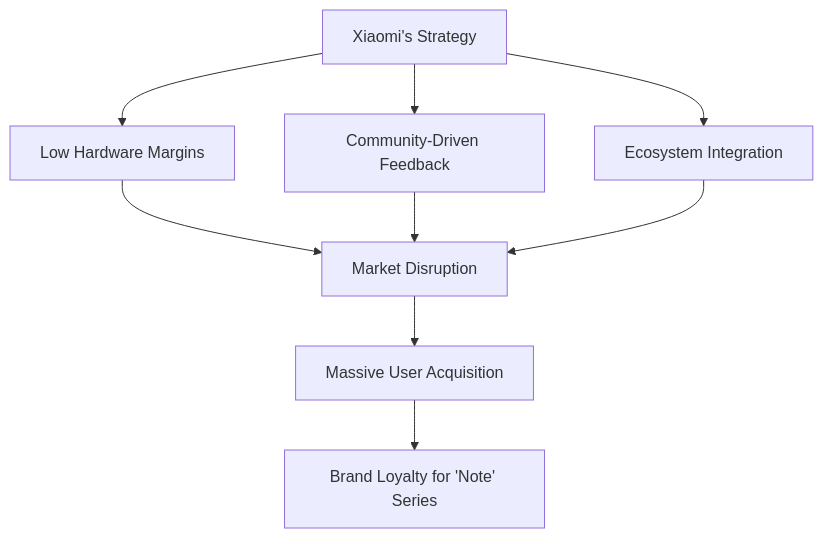
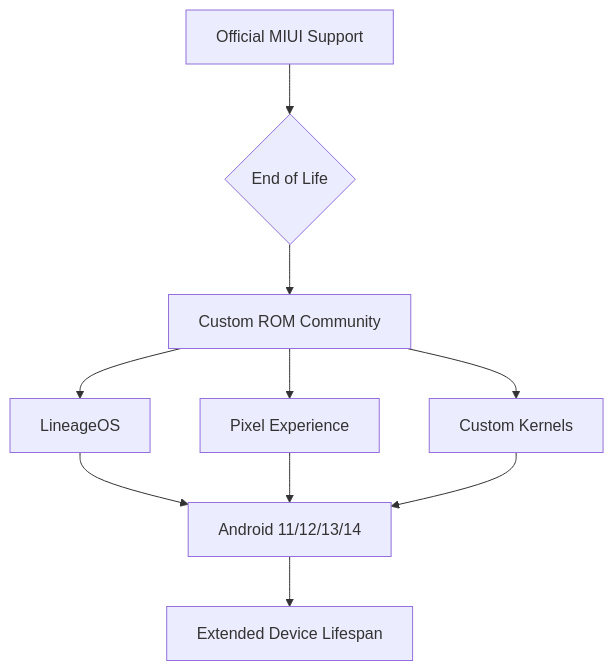
One commit to Thirupathi-pirate/ivy changed the diagram in blog-source/_posts/2026-06-29-redmi-note-5-pro.md. Above: the diagram before and after it, drawn with Mermaid. The commit also changed other lines of this file and 3 other files, not shown here.

````diff
--- a/blog-source/_posts/2026-06-29-redmi-note-5-pro.md
+++ b/blog-source/_posts/2026-06-29-redmi-note-5-pro.md
@@ -79,11 +64,12 @@
 ```mermaid
 graph TD
-    A[Xiaomi's Strategy] --> B[Low Hardware Margins]
-    A --> C[Community-Driven Feedback]
-    A --> D[Ecosystem Integration]
-    B --> E[Market Disruption]
-    C --> E
-    D --> E
-    E --> F[Massive User Acquisition]
-    F --> G[Brand Loyalty for 'Note' Series]
+    A[Official MIUI Support] --> B{End of Life}
+    B --> C[Custom ROM Community]
+    C --> D[LineageOS]
+    C --> E[Pixel Experience]
+    C --> F[Custom Kernels]
+    D --> G[Android 11/12/13/14]
+    E --> G
+    F --> G
+    G --> H[Extended Device Lifespan]
 ```
````
